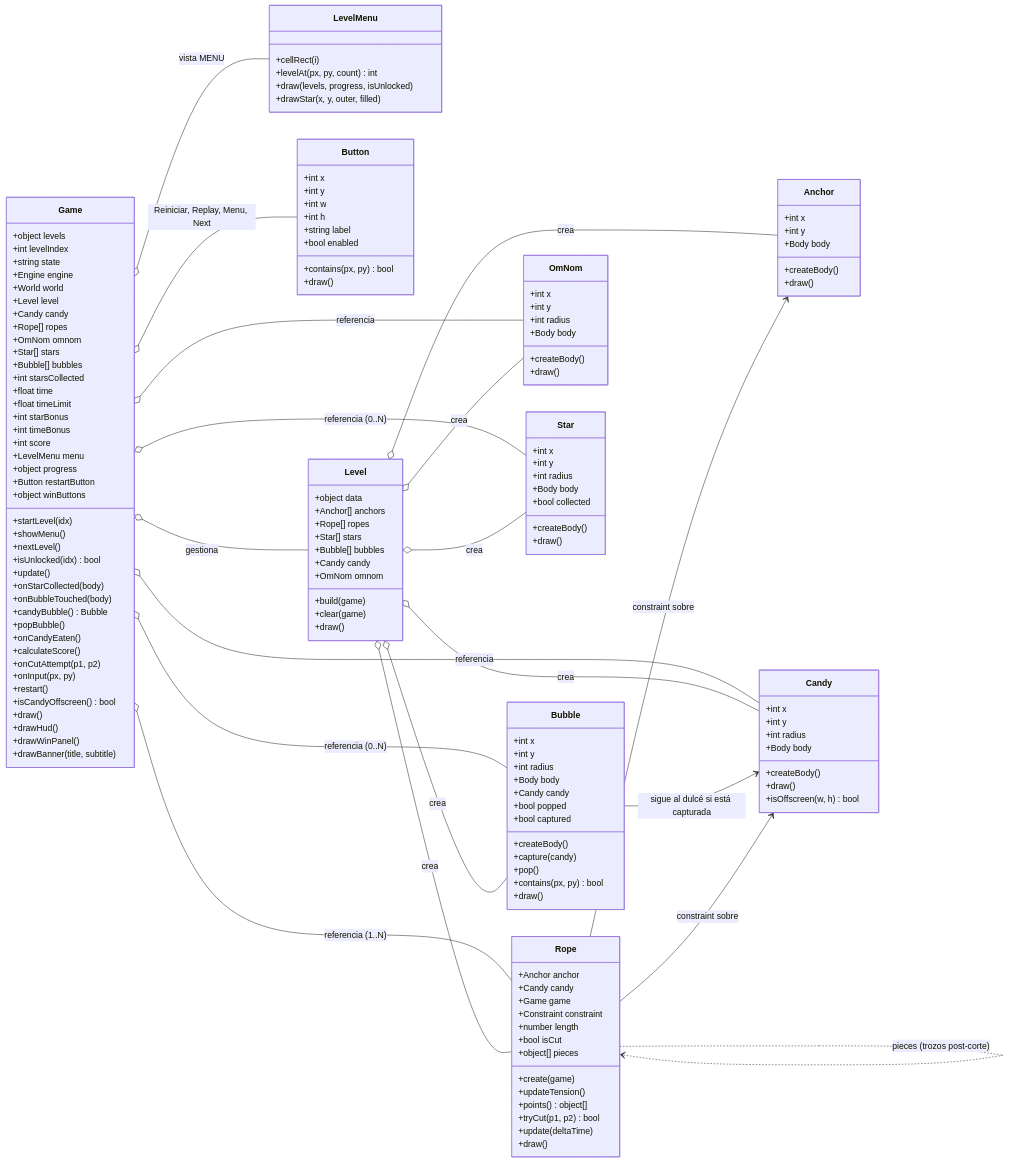
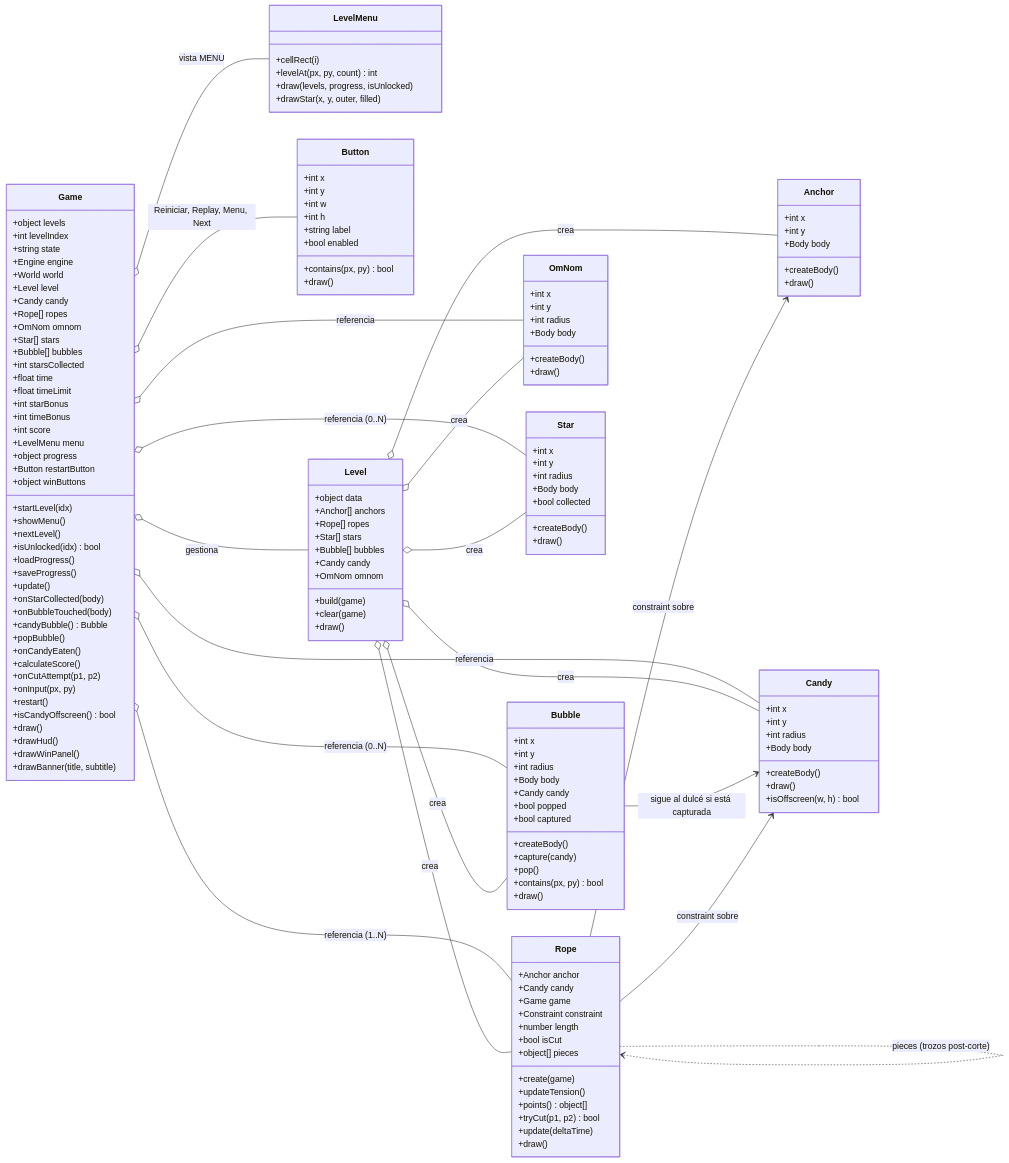
One commit to ShryhakAkizuki/Cut_The_Rope-Visual_Computing_2026-II changed the third of 5 diagrams in docs/arquitectura-mvp.md. Above: the diagram before and after it, drawn with Mermaid. The commit also changed other lines of this file and 2 other files, not shown here.

```diff
--- a/docs/arquitectura-mvp.md
+++ b/docs/arquitectura-mvp.md
@@ -177,6 +178,8 @@
         +showMenu()
         +nextLevel()
         +isUnlocked(idx) bool
+        +loadProgress()
+        +saveProgress()
         +update()
         +onStarCollected(body)
         +onBubbleTouched(body)
```
